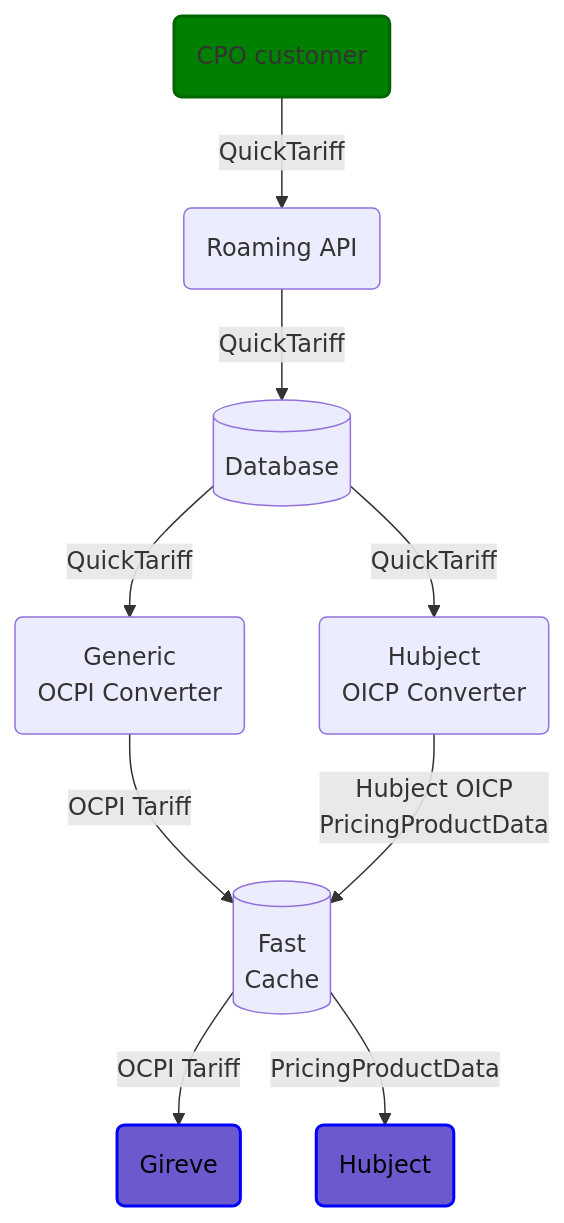
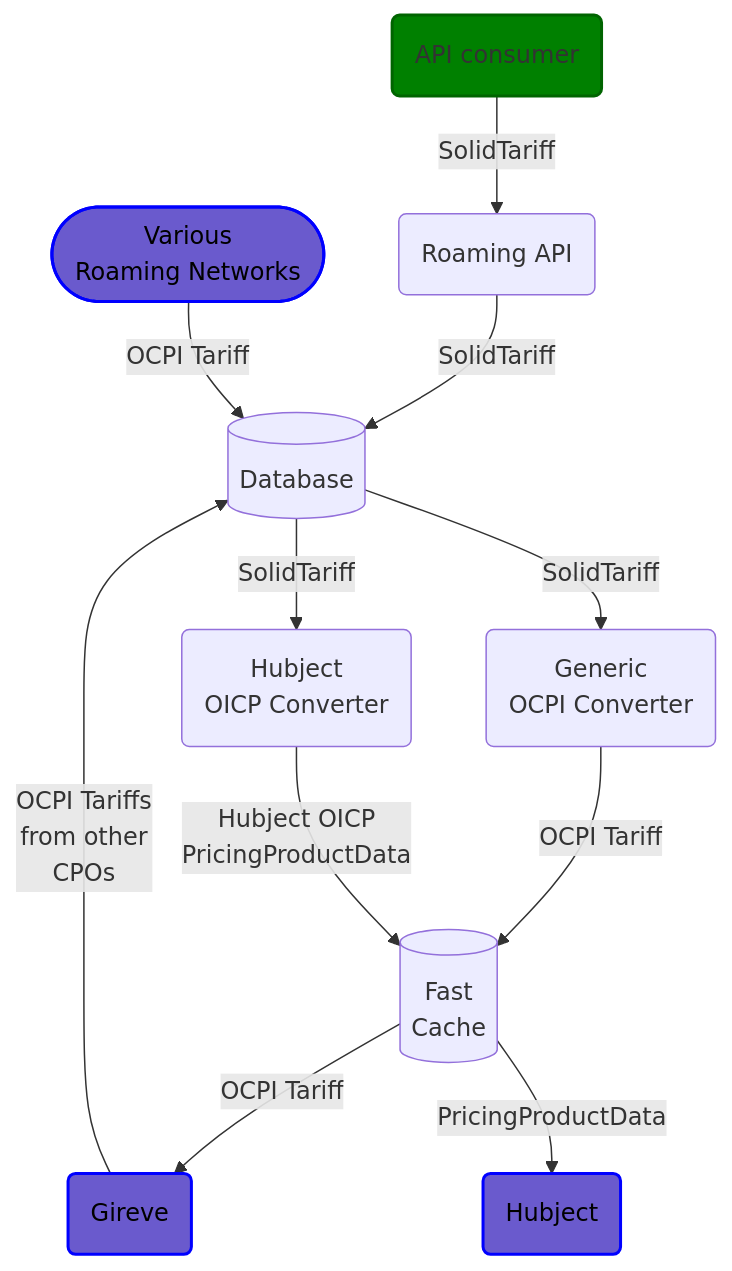
The first of 4 diagrams in documentation/tariffs.md (erkkiat/ocpi), drawn with Mermaid before and after one commit.

Commit message:
Tariffs documentation update

````diff
--- a/documentation/tariffs.md
+++ b/documentation/tariffs.md
@@ -14,16 +14,18 @@
 ```mermaid
 graph TD
-    CPO(CPO customer) -- QuickTariff --> API(Roaming API)
-    API -- QuickTariff --> DB[(Database)]
-    DB -- QuickTariff --> F1(Generic <br/> OCPI Converter)
-    DB -- QuickTariff --> F2(Hubject <br/> OICP Converter)
+    CPO(API consumer) -- SolidTariff --> API(Roaming API)
+    API -- SolidTariff --> DB[(Database)]
+    RN([Various <br/>Roaming Networks]) -- OCPI Tariff --> DB
+    DB -- SolidTariff --> F1(Generic <br/> OCPI Converter)
+    DB -- SolidTariff --> F2(Hubject <br/> OICP Converter)
     F1 -- OCPI Tariff --> CACHE[(Fast <br/> Cache)]
     F2 -- Hubject OICP <br/> PricingProductData --> CACHE
     CACHE -- OCPI Tariff --> G(Gireve)
     CACHE -- PricingProductData --> H(Hubject)
-
+    G -- "OCPI Tariffs<br/>from other<br/>CPOs" -->DB
     style CPO fill:green,stroke:darkgreen,stroke-width:2px
     style G fill:slateblue,stroke:blue,stroke-width:2px,color:black
     style H fill:slateblue,stroke:blue,stroke-width:2px,color:black
+    style RN fill:slateblue,stroke:blue,stroke-width:2px,color:black
 
 ```
````
